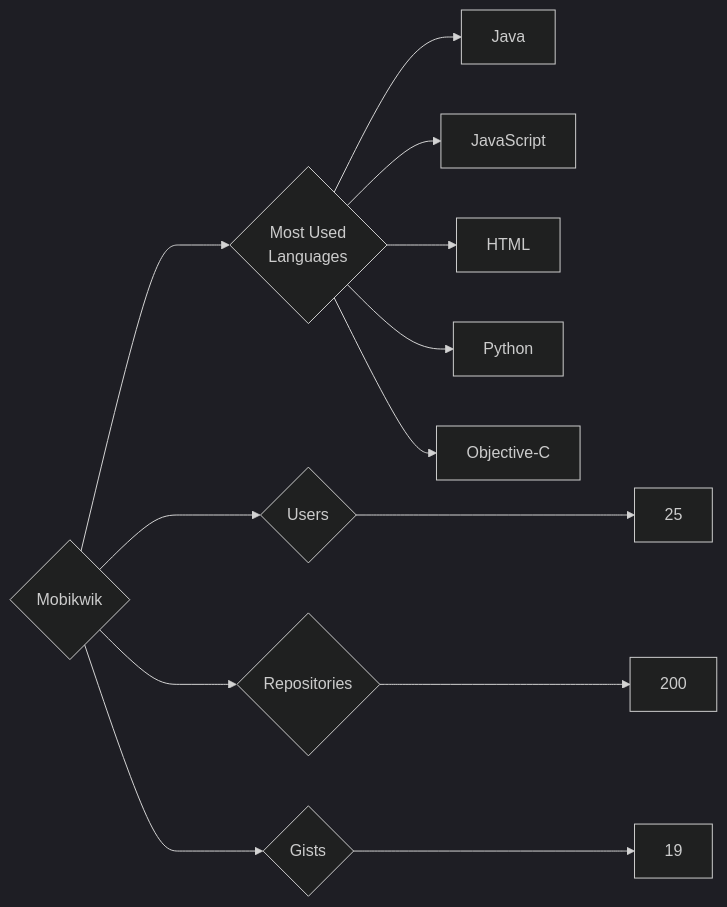
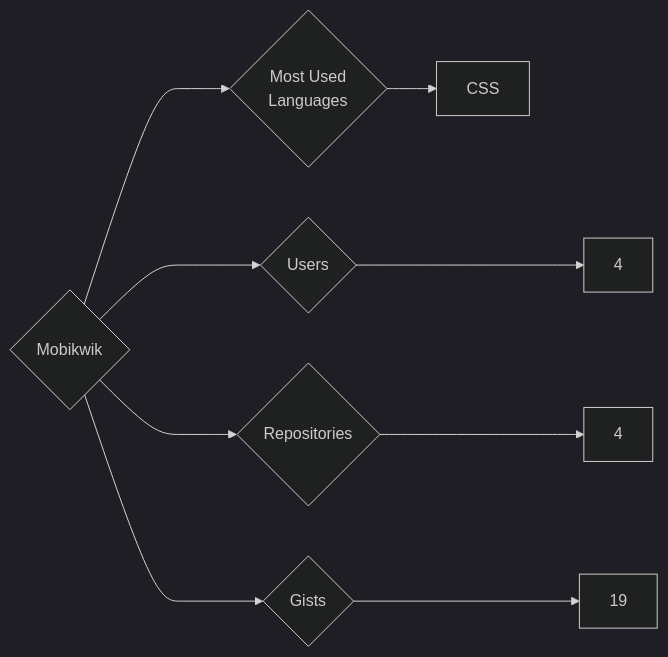
One commit to trickest/insiders changed the diagram in targets/Mobikwik/README.md. Above: the diagram before and after it, drawn with Mermaid (dark theme). The commit also changed 860 other files, not shown here.

````diff
--- a/targets/Mobikwik/README.md
+++ b/targets/Mobikwik/README.md
@@ -3,13 +3,9 @@
 ```mermaid
 graph LR
 COMPANY_NAME{Mobikwik}
-COMPANY_NAME ---> U{Users} ---> UN[25]
-COMPANY_NAME ---> R{Repositories} ---> RN[200]
+COMPANY_NAME ---> U{Users} ---> UN[4]
+COMPANY_NAME ---> R{Repositories} ---> RN[4]
 COMPANY_NAME ---> G{Gists} ---> GN[19]
 COMPANY_NAME ---> ML{Most Used<br>Languages}
-ML --> Java[Java]
-ML --> JavaScript[JavaScript]
-ML --> HTML[HTML]
-ML --> Python[Python]
-ML --> Objective-C[Objective-C]
+ML --> CSS[CSS]
 ```
````
